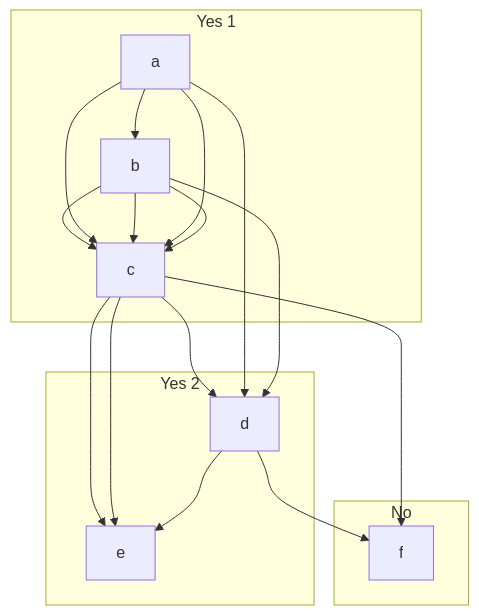
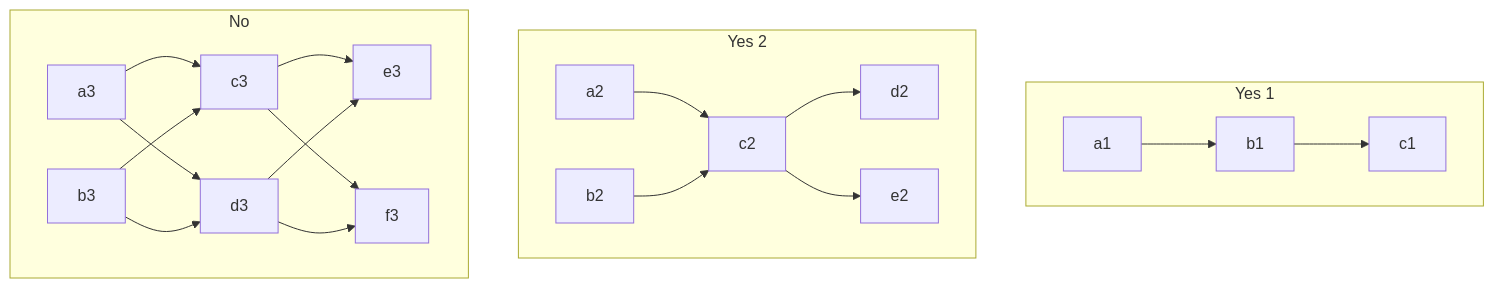
One commit to vczh-websites/vczh changed diagram 12 of 12 in Blog/GLR-Refactoring/Mermaid.md. Above: the diagram before and after it, drawn with Mermaid.

````diff
--- a/Blog/GLR-Refactoring/Mermaid.md
+++ b/Blog/GLR-Refactoring/Mermaid.md
@@ -230,14 +230,14 @@
 ```mermaid
 graph TD
   subgraph Yes 1
-    a-->b-->c
+    a1-->b1-->c1
   end
 
   subgraph Yes 2
-    a & b --> c --> d & e
+    a2 & b2 --> c2 --> d2 & e2
   end
 
   subgraph No
-    a & b --> c & d --> e & f
+    a3 & b3 --> c3 & d3 --> e3 & f3
   end
 ```
````
